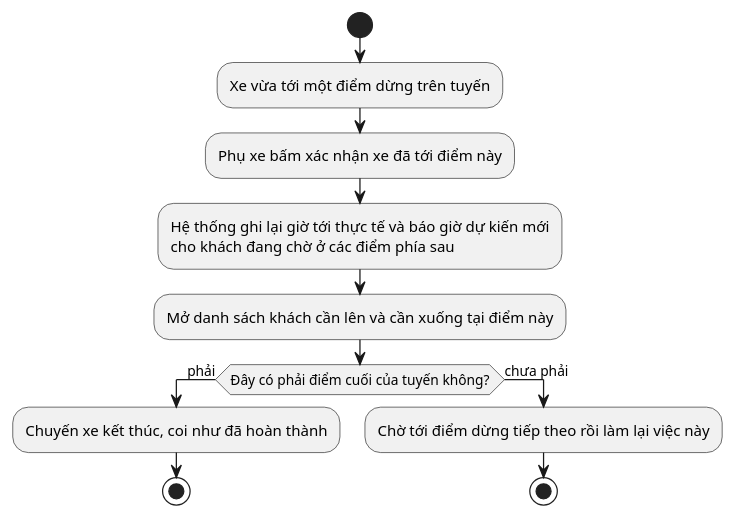
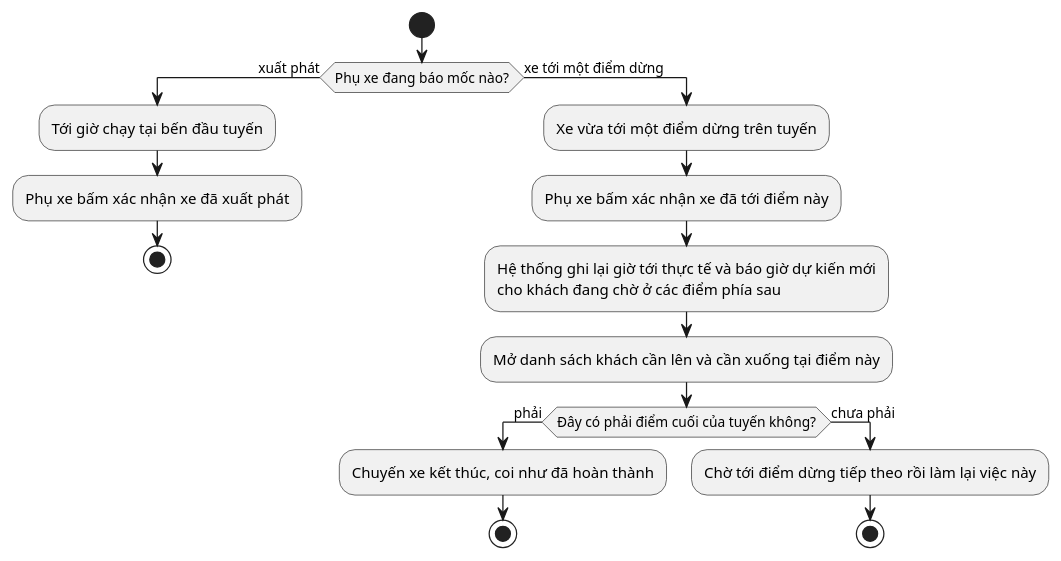
Diagram 19 of 53 in UML_DIAGRAMS.md (nguyenvietanhit19/Project1_HeThongQuanLyNhaXeKhachLienTinh), drawn with PlantUML before and after one commit. The commit also changed other lines of this file and 316 other files, not shown here.

````diff
--- a/UML_DIAGRAMS.md
+++ b/UML_DIAGRAMS.md
@@ -605,16 +605,22 @@
 ```plantuml
-@startuml AD_UC16_ToiDiemDung
+@startuml AD_UC15_HanhTrinh
 start
-:Xe vừa tới một điểm dừng trên tuyến;
-:Phụ xe bấm xác nhận xe đã tới điểm này;
-:Hệ thống ghi lại giờ tới thực tế và báo giờ dự kiến mới\ncho khách đang chờ ở các điểm phía sau;
-:Mở danh sách khách cần lên và cần xuống tại điểm này;
-if (Đây có phải điểm cuối của tuyến không?) then (phải)
-  :Chuyến xe kết thúc, coi như đã hoàn thành;
+if (Phụ xe đang báo mốc nào?) then (xuất phát)
+  :Tới giờ chạy tại bến đầu tuyến;
+  :Phụ xe bấm xác nhận xe đã xuất phát;
   stop
-else (chưa phải)
-  :Chờ tới điểm dừng tiếp theo rồi làm lại việc này;
-  stop
+else (xe tới một điểm dừng)
+  :Xe vừa tới một điểm dừng trên tuyến;
+  :Phụ xe bấm xác nhận xe đã tới điểm này;
+  :Hệ thống ghi lại giờ tới thực tế và báo giờ dự kiến mới\ncho khách đang chờ ở các điểm phía sau;
+  :Mở danh sách khách cần lên và cần xuống tại điểm này;
+  if (Đây có phải điểm cuối của tuyến không?) then (phải)
+    :Chuyến xe kết thúc, coi như đã hoàn thành;
+    stop
+  else (chưa phải)
+    :Chờ tới điểm dừng tiếp theo rồi làm lại việc này;
+    stop
+  endif
 endif
 @enduml
 ```
````
